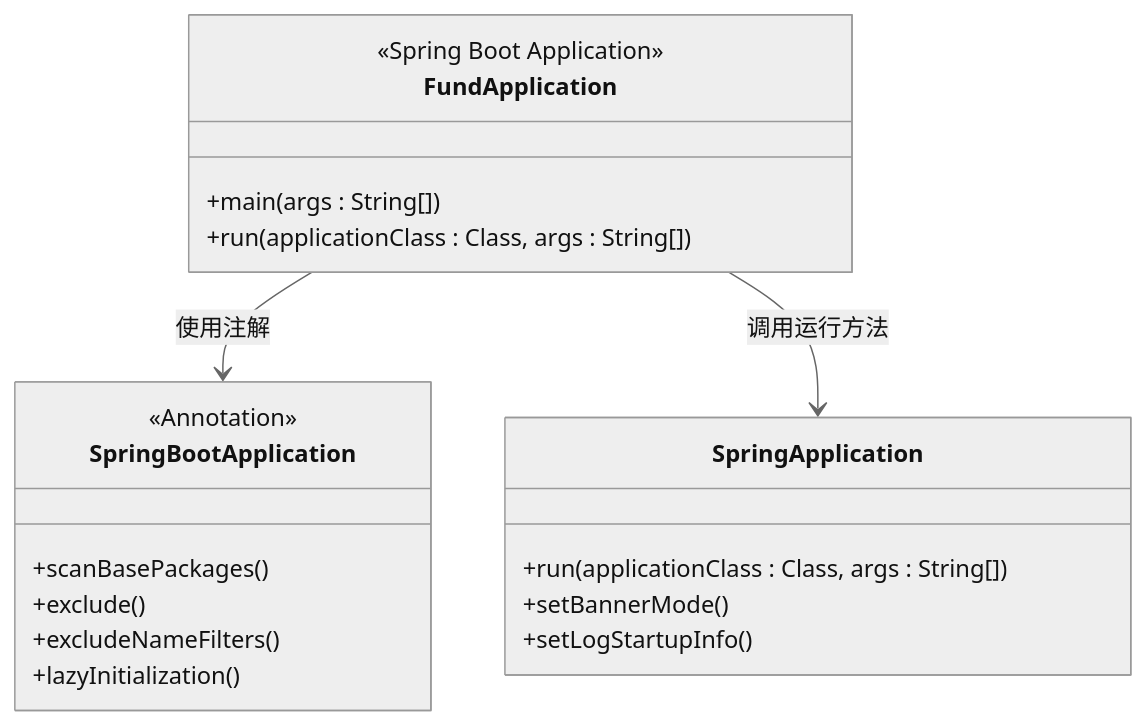
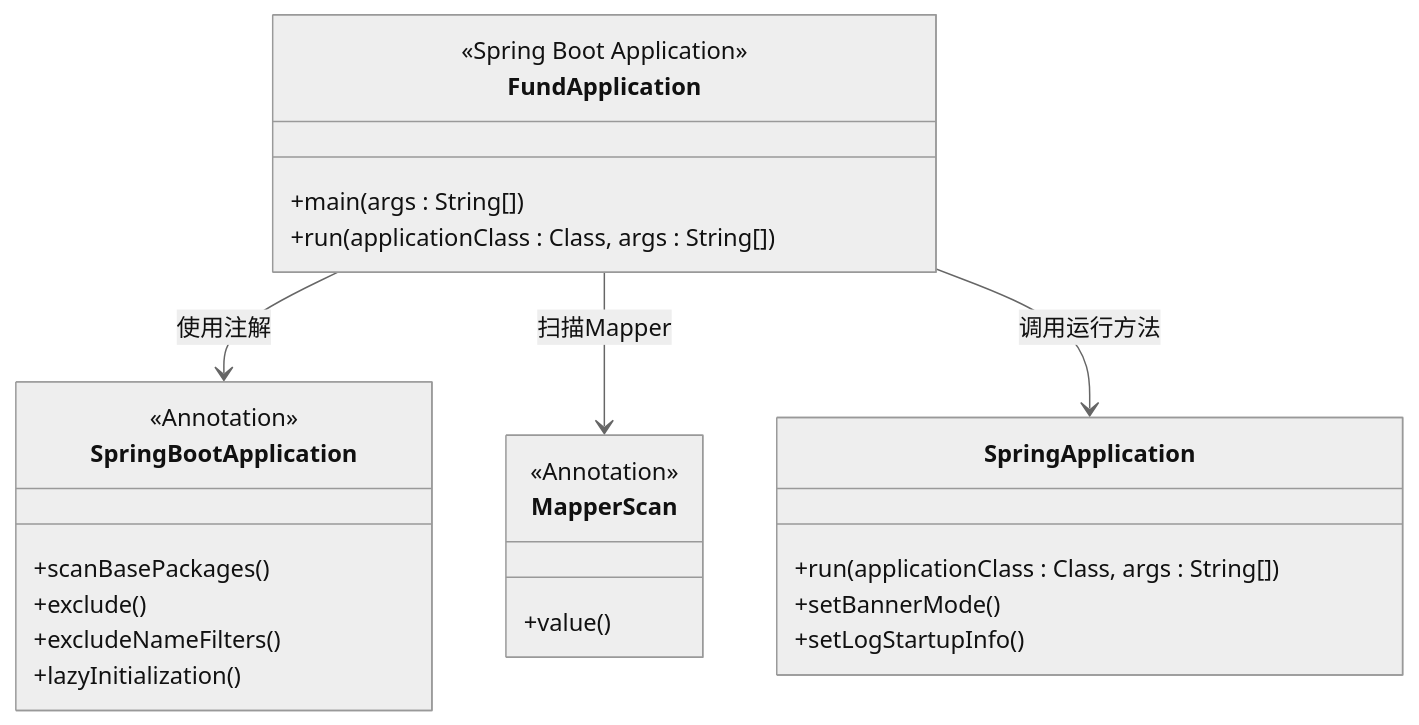
One commit to gree-coder/fund-butler changed the ninth of 22 diagrams in .qoder/repowiki/zh/content/项目结构详解.md. Above: the diagram before and after it, drawn with Mermaid (neutral theme). The commit also changed other lines of this file and 10 other files, not shown here.

````diff
--- a/.qoder/repowiki/zh/content/项目结构详解.md
+++ b/.qoder/repowiki/zh/content/项目结构详解.md
@@ -67,22 +412,27 @@
 ```mermaid
 classDiagram
 class FundApplication {
 <<Spring Boot Application>>
 +main(args : String[])
 +run(applicationClass : Class, args : String[])
 }
 class SpringBootApplication {
 <<Annotation>>
 +scanBasePackages()
 +exclude()
 +excludeNameFilters()
 +lazyInitialization()
 }
+class MapperScan {
+<<Annotation>>
++value()
+}
 class SpringApplication {
 +run(applicationClass : Class, args : String[])
 +setBannerMode()
 +setLogStartupInfo()
 }
 FundApplication --> SpringBootApplication : 使用注解
+FundApplication --> MapperScan : 扫描Mapper
 FundApplication --> SpringApplication : 调用运行方法
 ```
````
